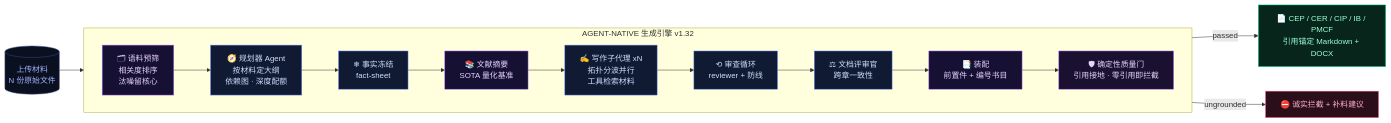
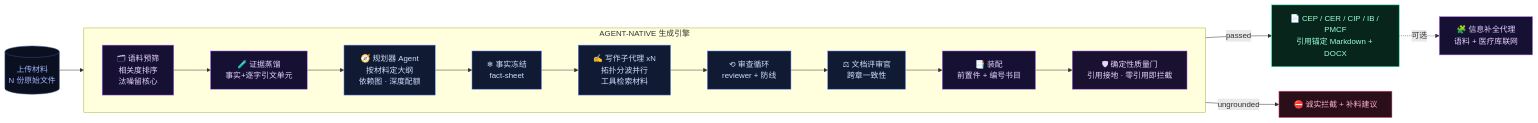
Before and after one commit to hanxiaoyu-cmd/medeval-showcase: the third of 4 diagrams in README.md, drawn with Mermaid. The commit also changed other lines of this file, not shown here.

First line of the commit message:
docs: update showcase to v1.35r — info-completion agent + evidence distillation

````diff
--- a/README.md
+++ b/README.md
@@ -94,26 +134,27 @@
 ```mermaid
 flowchart LR
     UP[(上传材料<br/>N 份原始文件)]:::src --> CU
-    subgraph ENGINE [AGENT-NATIVE 生成引擎 v1.32]
+    subgraph ENGINE [AGENT-NATIVE 生成引擎]
         direction LR
         CU[🗂 语料预筛<br/>相关度排序<br/>汰噪留核心]:::new
+        DS[🧪 证据蒸馏<br/>事实+逐字引文单元]:::new
         PL[🧭 规划器 Agent<br/>按材料定大纲<br/>依赖图 · 深度配额]:::ag
         FS[❄ 事实冻结<br/>fact-sheet]:::ag
-        LT[📚 文献摘要<br/>SOTA 量化基准]:::new
         W[✍ 写作子代理 xN<br/>拓扑分波并行<br/>工具检索材料]:::ag
         R[⟲ 审查循环<br/>reviewer + 防线]:::ag
         CR[⚖ 文档评审官<br/>跨章一致性]:::ag
         AS[📑 装配<br/>前置件 + 编号书目]:::new
         G[🛡 确定性质量门<br/>引用接地 · 零引用即拦截]:::gate
-        CU --> PL --> FS --> LT --> W --> R --> CR --> AS --> G
+        CU --> DS --> PL --> FS --> W --> R --> CR --> AS --> G
     end
     G -->|passed| DOC[📄 CEP / CER / CIP / IB / PMCF<br/>引用锚定 Markdown + DOCX]:::out
+    DOC -.可选.-> IC[🧩 信息补全代理<br/>语料 + 医疗库联网]:::new
     G -->|ungrounded| BLK[⛔ 诚实拦截 + 补料建议]:::blk
 
     classDef src fill:#0b1020,stroke:#3a4a80,color:#9fb4ff
     classDef ag fill:#101a33,stroke:#6c8cff,color:#cfe0ff
     classDef new fill:#161033,stroke:#b06cff,color:#e6d4ff
     classDef gate fill:#1a1030,stroke:#b06cff,color:#e6d4ff
     classDef out fill:#08251c,stroke:#00e5a0,color:#9affd8
     classDef blk fill:#2a0f1a,stroke:#ff5c8a,color:#ffb3c9
 ```
````
